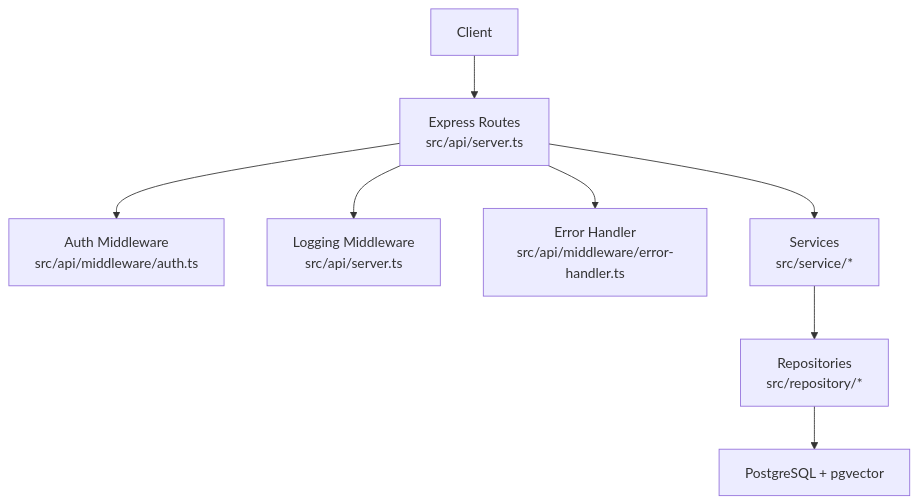
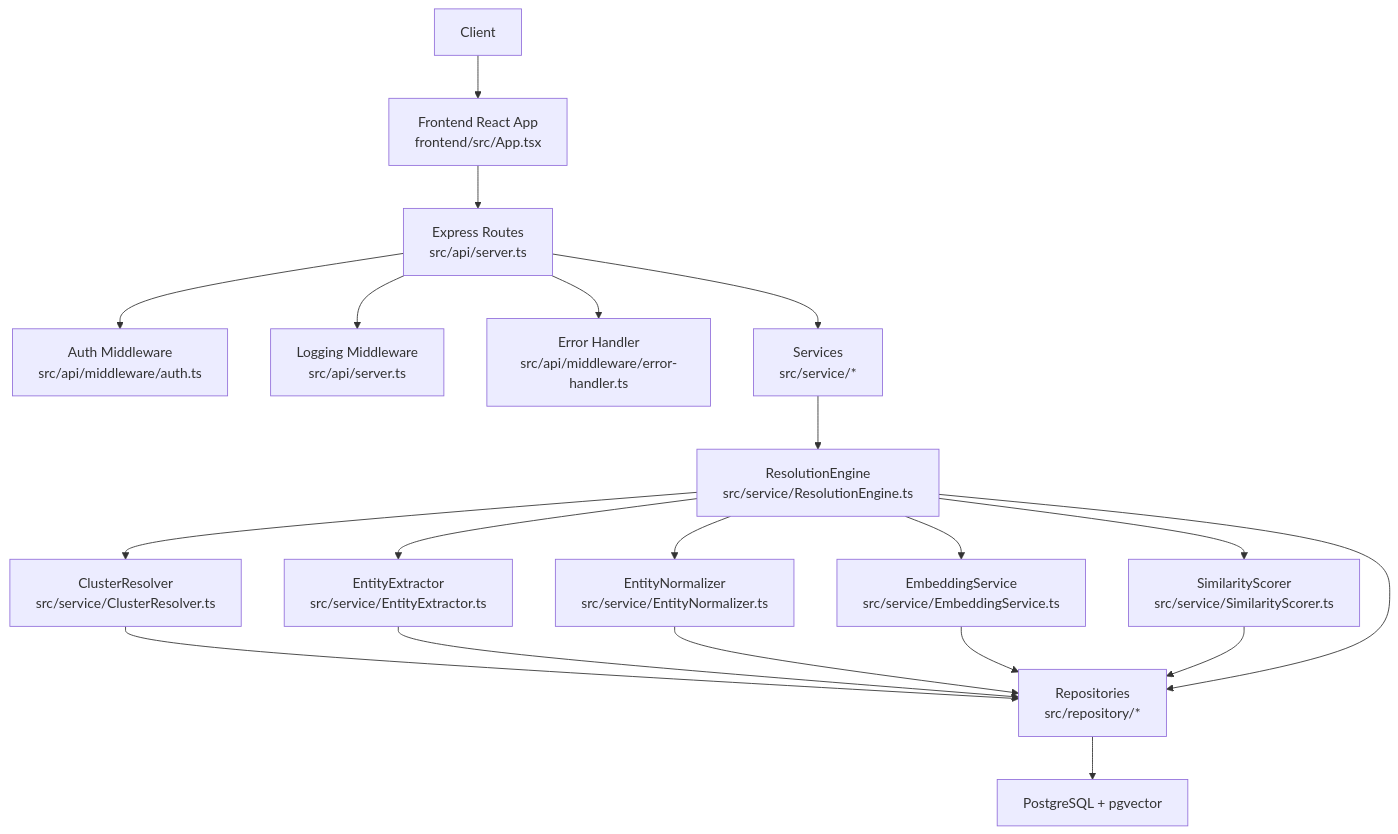
Before and after one commit to vishnusaibhosekar/ares: the second of 9 diagrams in .qoder/repowiki/en/content/Architecture Overview.md, drawn with Mermaid. The commit also changed other lines of this file and 21 other files, not shown here.

````diff
--- a/.qoder/repowiki/en/content/Architecture Overview.md
+++ b/.qoder/repowiki/en/content/Architecture Overview.md
@@ -126,18 +208,37 @@
 ```mermaid
 graph TB
 CLIENT["Client"]
+FRONTEND["Frontend React App<br/>frontend/src/App.tsx"]
 API["Express Routes<br/>src/api/server.ts"]
 AUTHMW["Auth Middleware<br/>src/api/middleware/auth.ts"]
 LOGMW["Logging Middleware<br/>src/api/server.ts"]
 ERRMW["Error Handler<br/>src/api/middleware/error-handler.ts"]
 SVC["Services<br/>src/service/*"]
+ENGINE["ResolutionEngine<br/>src/service/ResolutionEngine.ts"]
+EXTRACT["EntityExtractor<br/>src/service/EntityExtractor.ts"]
+NORMALIZE["EntityNormalizer<br/>src/service/EntityNormalizer.ts"]
+EMBED["EmbeddingService<br/>src/service/EmbeddingService.ts"]
+SCORE["SimilarityScorer<br/>src/service/SimilarityScorer.ts"]
+CLUSTER["ClusterResolver<br/>src/service/ClusterResolver.ts"]
 REP["Repositories<br/>src/repository/*"]
 DB["PostgreSQL + pgvector"]
-CLIENT --> API
+CLIENT --> FRONTEND
+FRONTEND --> API
 API --> LOGMW
 API --> AUTHMW
 API --> SVC
 API --> ERRMW
-SVC --> REP
+SVC --> ENGINE
+ENGINE --> EXTRACT
+ENGINE --> NORMALIZE
+ENGINE --> EMBED
+ENGINE --> SCORE
+ENGINE --> CLUSTER
+CLUSTER --> REP
+EXTRACT --> REP
+NORMALIZE --> REP
+EMBED --> REP
+SCORE --> REP
+ENGINE --> REP
 REP --> DB
 ```
````
